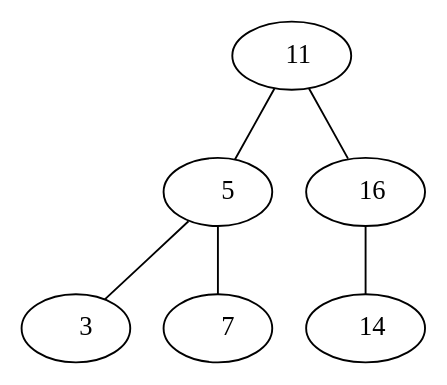
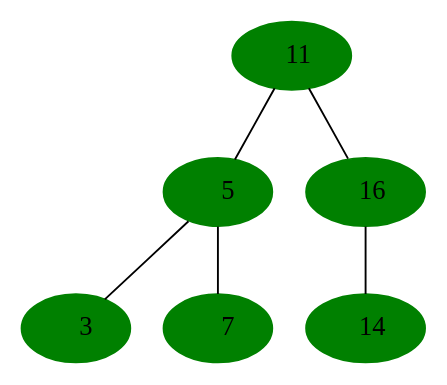
The diagram in FASE2/btree_modificado.dot (nxz7/EDD_PROYECTO-_202200007), drawn with Graphviz before and after one commit. The commit also changed 35 other files, not shown here.

```diff
--- a/FASE2/btree_modificado.dot
+++ b/FASE2/btree_modificado.dot
@@ -1,13 +1,14 @@
 graph{
+  node [color=green, style=filled];
      3 [label="   11"];
      3 --     4;
      3 --     2;
      4 [label="    5"];
      4 --     1;
      4 --     6;
      1 [label="    3"];
      6 [label="    7"];
      2 [label="   16"];
      2 --     5;
      5 [label="   14"];
 }
```
